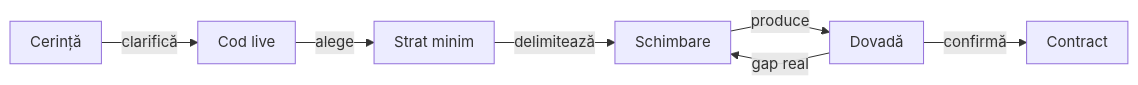
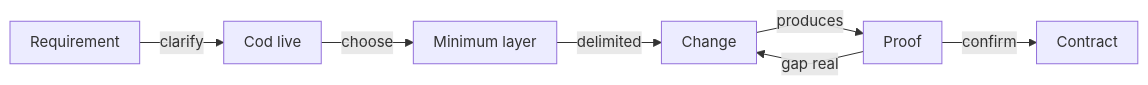
The fifth of 7 diagrams in README.md (crististefanita/atf_j0), drawn with Mermaid before and after one commit. The commit also changed other lines of this file and 113 other files, not shown here.

````diff
--- a/README.md
+++ b/README.md
@@ -248,17 +248,17 @@
 ```mermaid
 %%{init: {"themeVariables":{"fontSize":"15px"},"themeCSS":".nodeLabel, .nodeLabel p { font-size: 15px !important; line-height: 1.35 !important; } .edgeLabel, .edgeLabel p { font-size: 12px !important; font-weight: 400 !important; line-height: 1.2 !important; } .edgeLabel .labelBkg, .edgeLabel p { background: transparent !important; } .edgeLabel foreignObject { transform: translateY(-18px); overflow: visible; } .node rect { rx: 6px; ry: 6px; }","flowchart":{"curve":"linear","nodeSpacing":24,"rankSpacing":40,"padding":10,"diagramPadding":16}}}%%
 flowchart LR
-    Need[Cerință]
+    Need[Requirement]
     Inspect["Cod live"]
-    Layer[Strat minim]
-    Change["Schimbare"]
-    Verify["Dovadă"]
+    Layer[Minimum layer]
+    Change["Change"]
+    Verify["Proof"]
     Harden["Contract"]
 
-    Need -->|clarifică| Inspect
-    Inspect -->|alege| Layer
-    Layer -->|delimitează| Change
-    Change -->|produce| Verify
+    Need -->|clarify| Inspect
+    Inspect -->|choose| Layer
+    Layer -->|delimited| Change
+    Change -->|produces| Verify
     Verify -->|gap real| Change
-    Verify -->|confirmă| Harden
+    Verify -->|confirm| Harden
 ```
````
